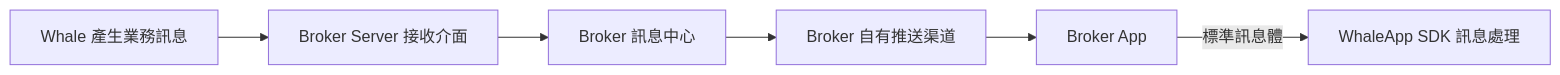
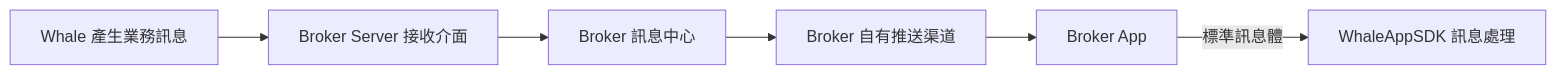
The second of 2 diagrams in docs/zh-HK/docs/message-push-options.mdx (longbridge/whale-docs), drawn with Mermaid before and after one commit. The commit also changed other lines of this file and 120 other files, not shown here.

````diff
--- a/docs/zh-HK/docs/message-push-options.mdx
+++ b/docs/zh-HK/docs/message-push-options.mdx
@@ -51,8 +51,8 @@
 ```mermaid
 flowchart LR
   A[Whale 產生業務訊息] --> B[Broker Server 接收介面]
   B --> C[Broker 訊息中心]
   C --> D[Broker 自有推送渠道]
   D --> E[Broker App]
-  E -->|標準訊息體| F[WhaleApp SDK 訊息處理]
+  E -->|標準訊息體| F[WhaleAppSDK 訊息處理]
 ```
````
